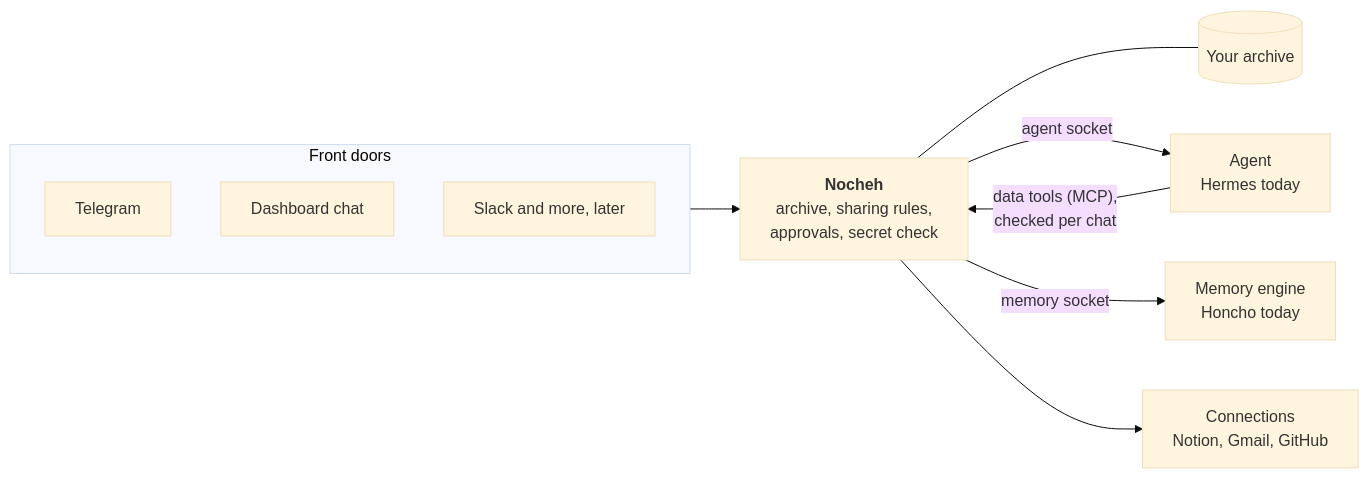
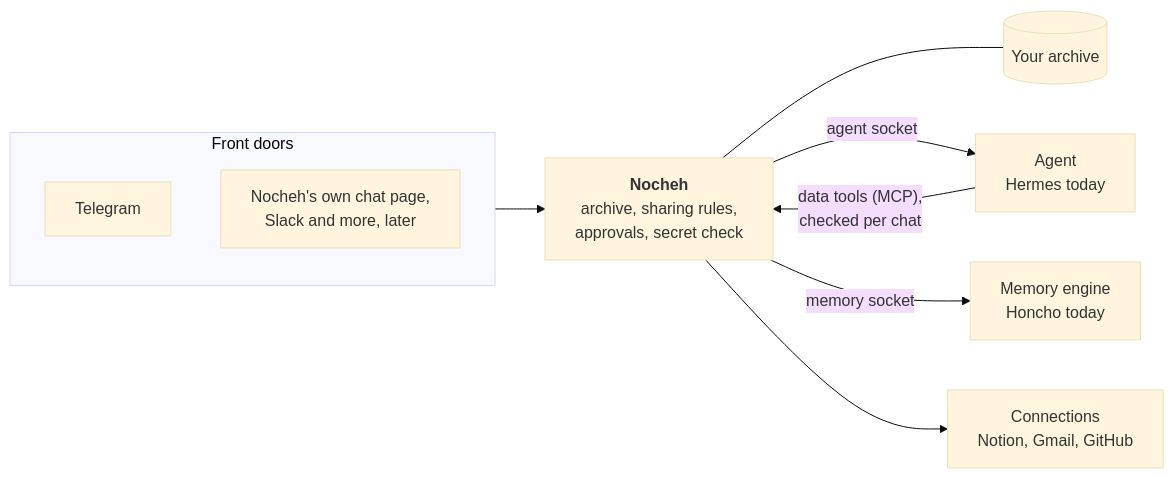
One commit to PlaygrndLabs/nocheh changed the first of 3 diagrams in README.md. Above: the diagram before and after it, drawn with Mermaid (base theme). The commit also changed other lines of this file and 57 other files, not shown here.

First line of the commit message:
feat(access): switch the chat page off and stop hermes checking pass signatures

````diff
--- a/README.md
+++ b/README.md
@@ -16,14 +16,13 @@
 ```mermaid
 flowchart LR
   subgraph doors["Front doors"]
     TG["Telegram"]
-    WEB["Dashboard chat"]
-    NEXT["Slack and more, later"]
+    NEXT["Nocheh's own chat page,<br/>Slack and more, later"]
   end
   doors --> CORE["<b>Nocheh</b><br/>archive, sharing rules,<br/>approvals, secret check"]
   CORE --- ARCH[("Your archive")]
   CORE -- "agent socket" --> AGENT["Agent<br/>Hermes today"]
   AGENT -- "data tools (MCP),<br/>checked per chat" --> CORE
   CORE -- "memory socket" --> MEM["Memory engine<br/>Honcho today"]
   CORE --> CONN["Connections<br/>Notion, Gmail, GitHub"]
 ```
````
